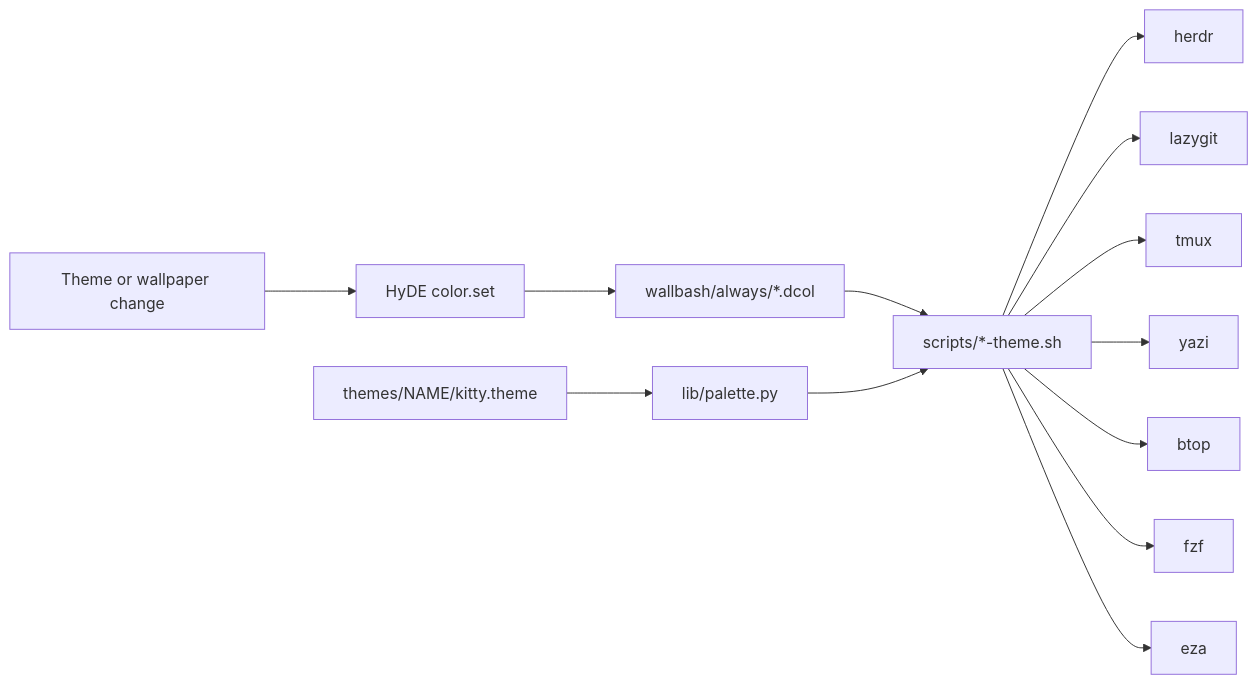
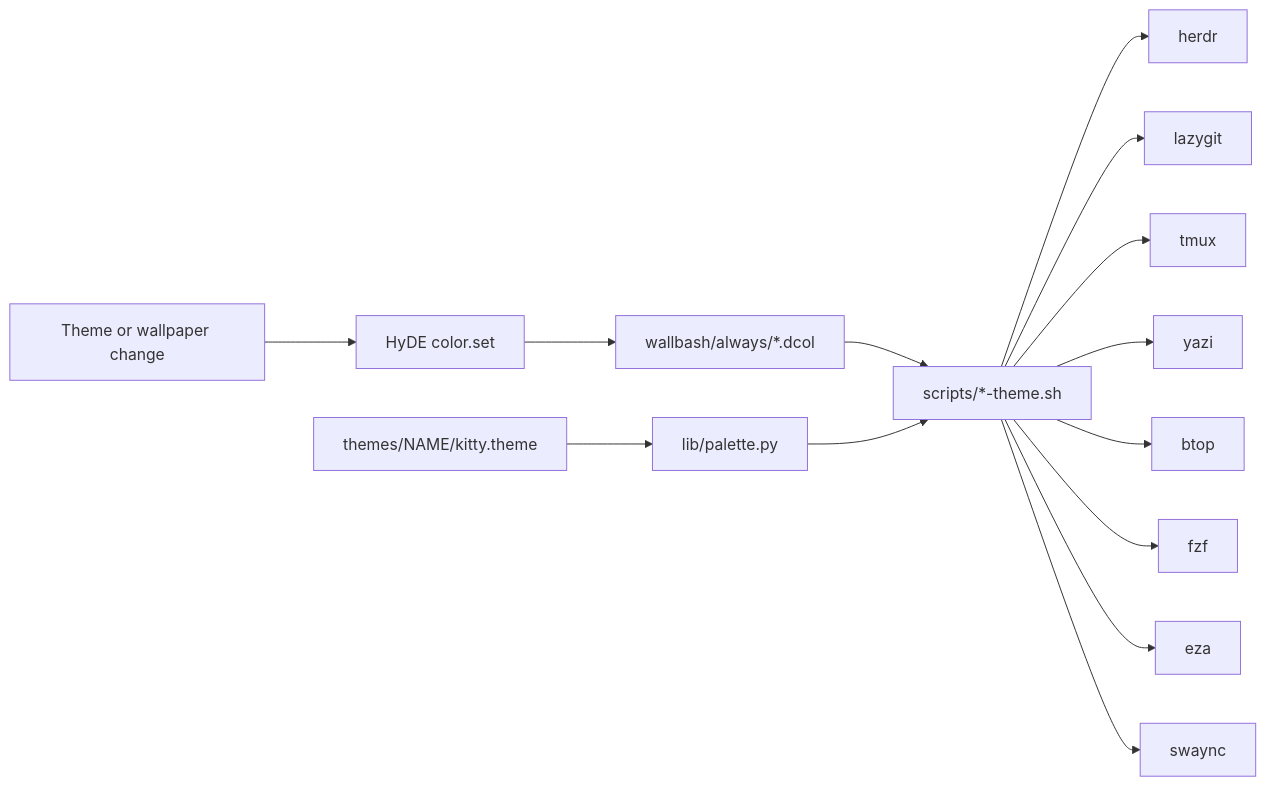
The diagram in docs/theme-hooks.md (ExploitEngineer/dotfiles), drawn with Mermaid before and after one commit. The commit also changed other lines of this file and 7 other files, not shown here.

````diff
--- a/docs/theme-hooks.md
+++ b/docs/theme-hooks.md
@@ -6,15 +6,16 @@
 ```mermaid
 flowchart LR
     A[Theme or wallpaper change] --> B[HyDE color.set]
     B --> C["wallbash/always/*.dcol"]
     C --> D["scripts/*-theme.sh"]
     K["themes/NAME/kitty.theme"] --> P["lib/palette.py"]
     P --> D
     D --> T1[herdr]
     D --> T2[lazygit]
     D --> T3[tmux]
     D --> T4[yazi]
     D --> T5[btop]
     D --> T6[fzf]
     D --> T7[eza]
+    D --> T8[swaync]
 ```
````
